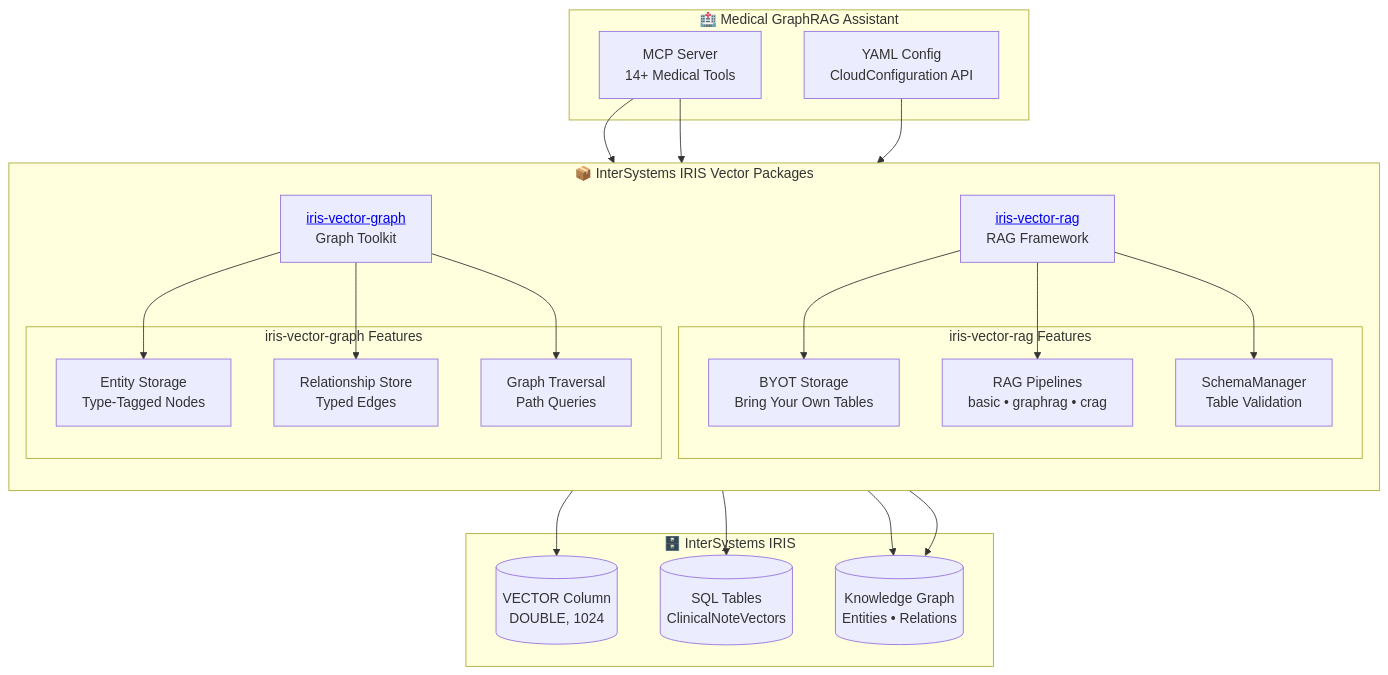
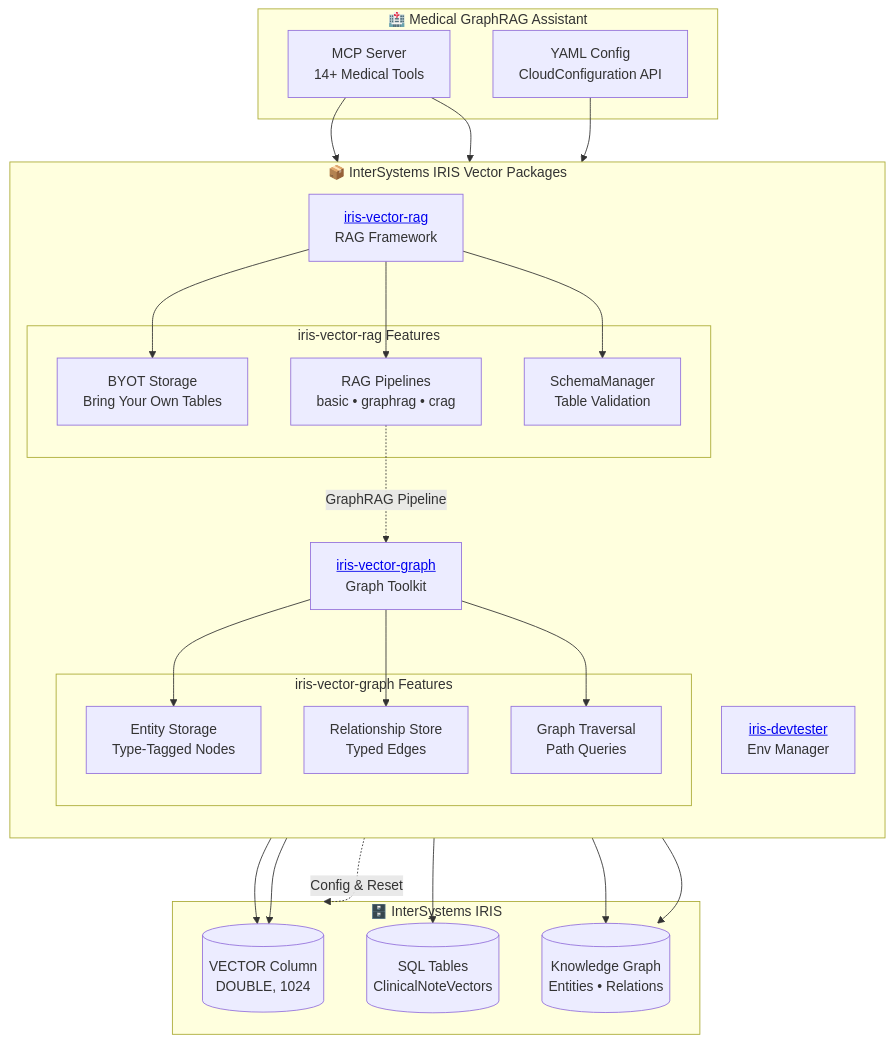
Before and after one commit to intersystems-community/medical-graphrag-assistant: the fourth of 9 diagrams in README.md, drawn with Mermaid. The commit also changed other lines of this file and 45 other files, not shown here.

````diff
--- a/README.md
+++ b/README.md
@@ -179,45 +182,54 @@
 ```mermaid
 flowchart TB
     subgraph APP["🏥 Medical GraphRAG Assistant"]
         MCP[MCP Server<br/>14+ Medical Tools]
         CFG[YAML Config<br/>CloudConfiguration API]
     end
 
     subgraph IRIS_PKG["📦 InterSystems IRIS Vector Packages"]
         direction TB
         RAG["<a href='https://pypi.org/project/iris-vector-rag/'>iris-vector-rag</a><br/>RAG Framework"]
         GRAPH["<a href='https://pypi.org/project/iris-vector-graph/'>iris-vector-graph</a><br/>Graph Toolkit"]
+        TEST["<a href='https://pypi.org/project/iris-devtester/'>iris-devtester</a><br/>Env Manager"]
 
         subgraph RAG_DETAIL["iris-vector-rag Features"]
             BYOT[BYOT Storage<br/>Bring Your Own Tables]
             PIPE[RAG Pipelines<br/>basic • graphrag • crag]
             SCHEMA[SchemaManager<br/>Table Validation]
         end
 
         subgraph GRAPH_DETAIL["iris-vector-graph Features"]
             ENT[Entity Storage<br/>Type-Tagged Nodes]
             REL[Relationship Store<br/>Typed Edges]
             TRAV[Graph Traversal<br/>Path Queries]
         end
     end
 
     subgraph IRIS_DB["🗄️ InterSystems IRIS"]
         VEC[(VECTOR Column<br/>DOUBLE, 1024)]
         SQL[(SQL Tables<br/>ClinicalNoteVectors)]
         KG[(Knowledge Graph<br/>Entities • Relations)]
     end
 
     MCP --> RAG
     MCP --> GRAPH
     CFG --> RAG
     RAG --> BYOT
     RAG --> PIPE
     RAG --> SCHEMA
     GRAPH --> ENT
     GRAPH --> REL
     GRAPH --> TRAV
+    
+    %% The Integration Points
+    PIPE -.->|GraphRAG Pipeline| GRAPH
+    ENT --> VEC
+    
+    %% Lifecycle Management
+    TEST -.->|Config & Reset| IRIS_DB
+    
     BYOT --> VEC
     SCHEMA --> SQL
     ENT --> KG
     REL --> KG
 ```
````
